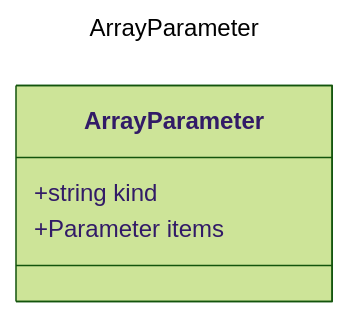
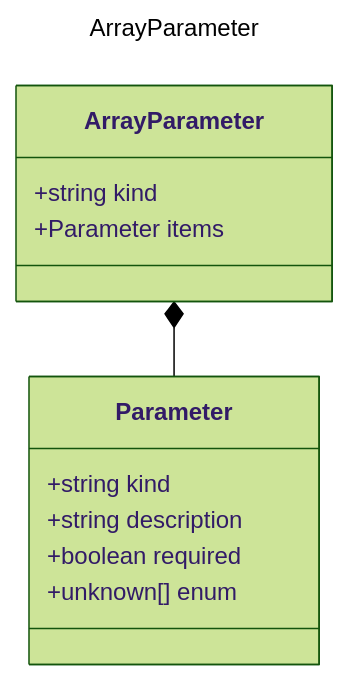
Before and after one commit to microsoft/prompty: the diagram in specification/prompty/docs/ArrayParameter.md, drawn with Mermaid (forest theme). The commit also changed 12 other files, not shown here.

Commit message:
renforced compositional types into diagrams

````diff
--- a/specification/prompty/docs/ArrayParameter.md
+++ b/specification/prompty/docs/ArrayParameter.md
@@ -7,10 +7,17 @@
 ```mermaid
 ---
 title: ArrayParameter
 ---
 classDiagram
     class ArrayParameter {
         +string kind
         +Parameter items
     }
+    class Parameter {
+        +string kind
+        +string description
+        +boolean required
+        +unknown[] enum
+    }
+    ArrayParameter *-- Parameter
 ```
````
